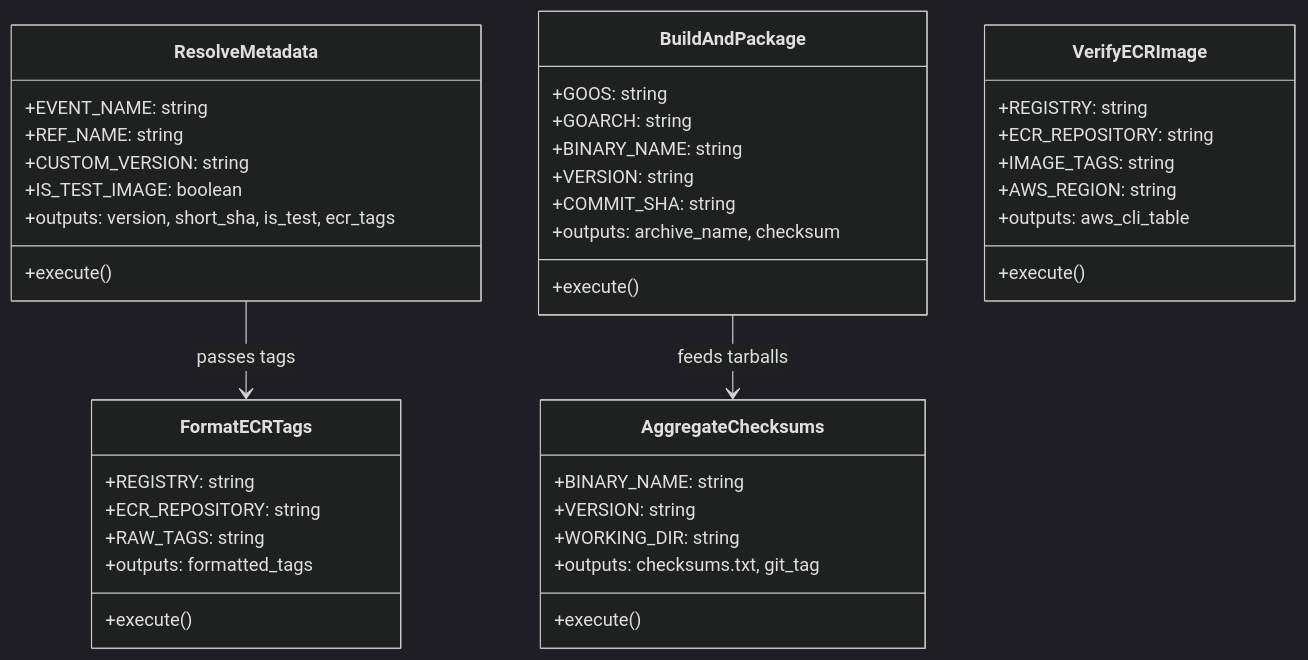
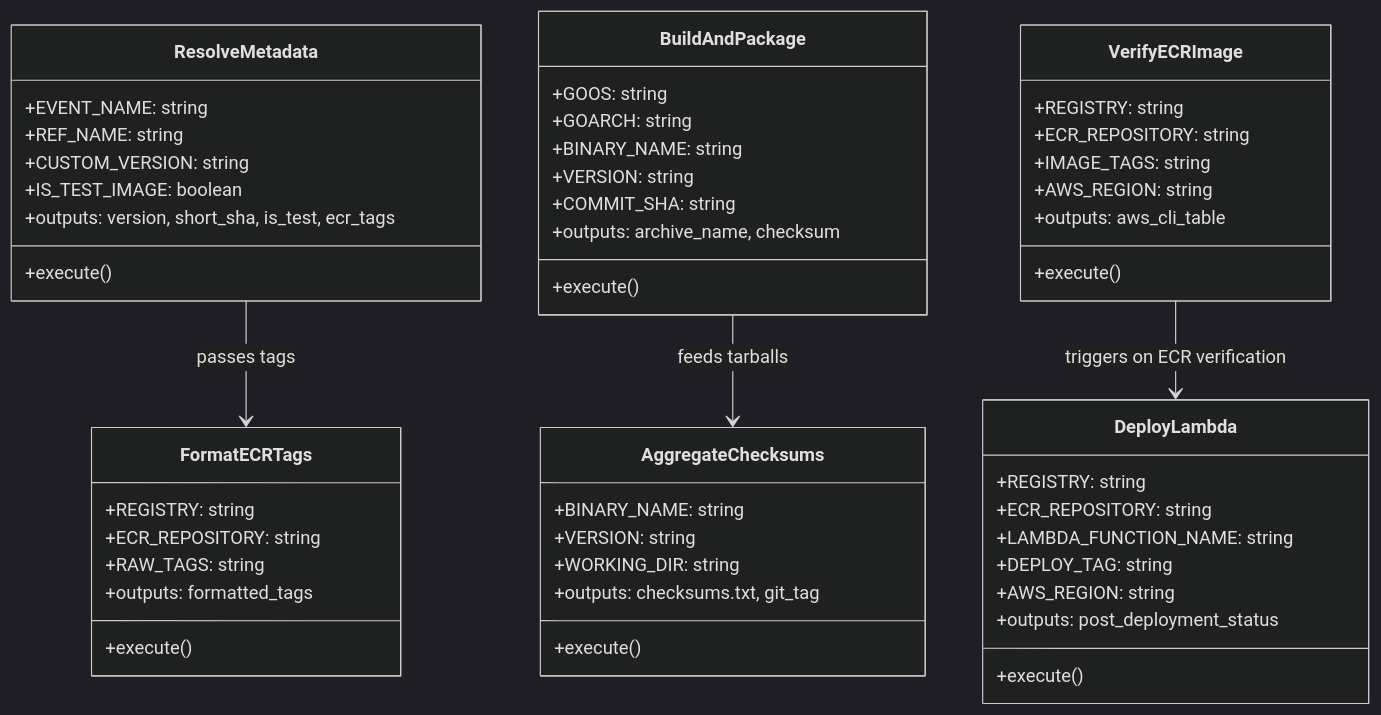
One commit to ajponte/babylon_data_loader changed the second of 3 diagrams in docs/specs/continuous-delivery-pipeline.md. Above: the diagram before and after it, drawn with Mermaid (dark theme). The commit also changed other lines of this file and 5 other files, not shown here.

Commit message:
feat(cd): automate AWS Lambda continuous deployment on main merge (#25)

````diff
--- a/docs/specs/continuous-delivery-pipeline.md
+++ b/docs/specs/continuous-delivery-pipeline.md
@@ -249,45 +256,55 @@
 ```mermaid
 classDiagram
     class ResolveMetadata {
         +EVENT_NAME: string
         +REF_NAME: string
         +CUSTOM_VERSION: string
         +IS_TEST_IMAGE: boolean
         +execute()
         +outputs: version, short_sha, is_test, ecr_tags
     }
     class BuildAndPackage {
         +GOOS: string
         +GOARCH: string
         +BINARY_NAME: string
         +VERSION: string
         +COMMIT_SHA: string
         +execute()
         +outputs: archive_name, checksum
     }
     class AggregateChecksums {
         +BINARY_NAME: string
         +VERSION: string
         +WORKING_DIR: string
         +execute()
         +outputs: checksums.txt, git_tag
     }
     class FormatECRTags {
         +REGISTRY: string
         +ECR_REPOSITORY: string
         +RAW_TAGS: string
         +execute()
         +outputs: formatted_tags
     }
     class VerifyECRImage {
         +REGISTRY: string
         +ECR_REPOSITORY: string
         +IMAGE_TAGS: string
         +AWS_REGION: string
         +execute()
         +outputs: aws_cli_table
     }
+    class DeployLambda {
+        +REGISTRY: string
+        +ECR_REPOSITORY: string
+        +LAMBDA_FUNCTION_NAME: string
+        +DEPLOY_TAG: string
+        +AWS_REGION: string
+        +execute()
+        +outputs: post_deployment_status
+    }
 
     ResolveMetadata --> FormatECRTags : passes tags
     BuildAndPackage --> AggregateChecksums : feeds tarballs
+    VerifyECRImage --> DeployLambda : triggers on ECR verification
 ```
````
